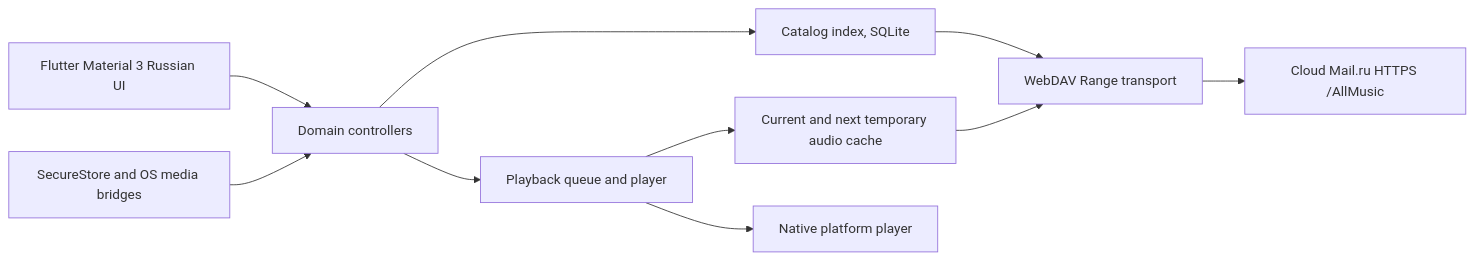
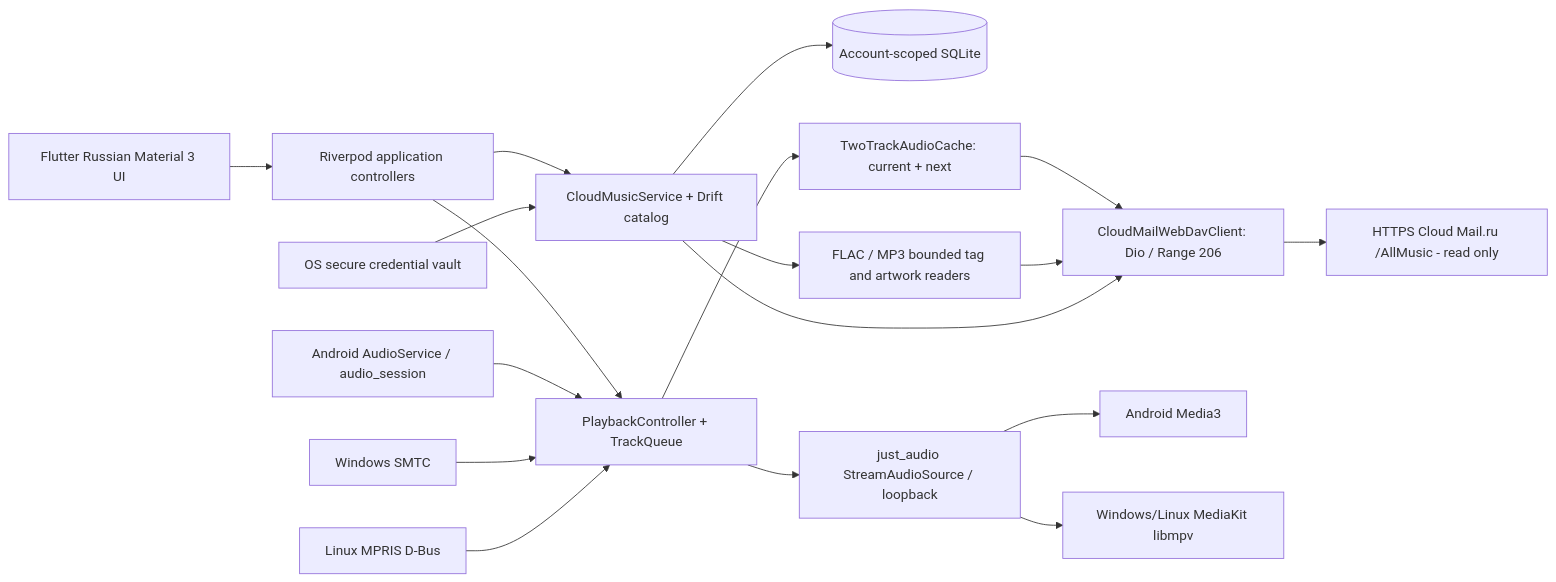
The diagram in docs/ARCHITECTURE.md (metravolokos/aN-cLmL), drawn with Mermaid before and after one commit. The commit also changed other lines of this file and 12 other files, not shown here.

````diff
--- a/docs/ARCHITECTURE.md
+++ b/docs/ARCHITECTURE.md
@@ -5,12 +3,20 @@
 ```mermaid
 flowchart LR
- UI[Flutter Material 3 Russian UI] --> D[Domain controllers]
- D --> Catalog[Catalog index, SQLite]
- D --> Queue[Playback queue and player]
- Catalog --> W[WebDAV Range transport]
- Queue --> Cache[Current and next temporary audio cache]
- Cache --> W
- Queue --> Engine[Native platform player]
- W --> Cloud[Cloud Mail.ru HTTPS /AllMusic]
- Platform[SecureStore and OS media bridges] --> D
+ UI[Flutter Russian Material 3 UI] --> Riverpod[Riverpod application controllers]
+ Riverpod --> Library[CloudMusicService + Drift catalog]
+ Riverpod --> Playback[PlaybackController + TrackQueue]
+ Library --> DB[(Account-scoped SQLite)]
+ Library --> Tags[FLAC / MP3 bounded tag and artwork readers]
+ Playback --> Cache[TwoTrackAudioCache: current + next]
+ Cache --> Range[CloudMailWebDavClient: Dio / Range 206]
+ Tags --> Range
+ Library --> Range
+ Range --> WebDAV[HTTPS Cloud Mail.ru /AllMusic - read only]
+ Playback --> JustAudio[just_audio StreamAudioSource / loopback]
+ JustAudio --> Android[Android Media3]
+ JustAudio --> Desktop[Windows/Linux MediaKit libmpv]
+ AndroidOS[Android AudioService / audio_session] --> Playback
+ WindowsOS[Windows SMTC] --> Playback
+ LinuxOS[Linux MPRIS D-Bus] --> Playback
+ Vault[OS secure credential vault] --> Library
 ```
````
